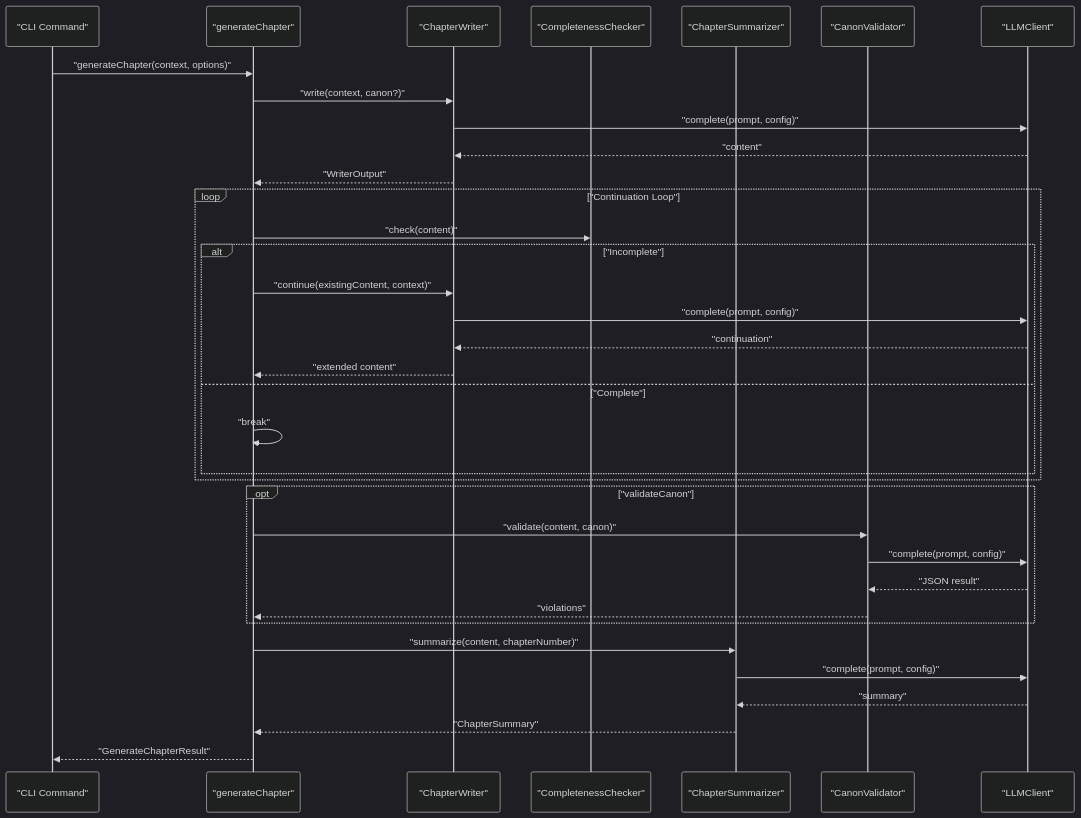
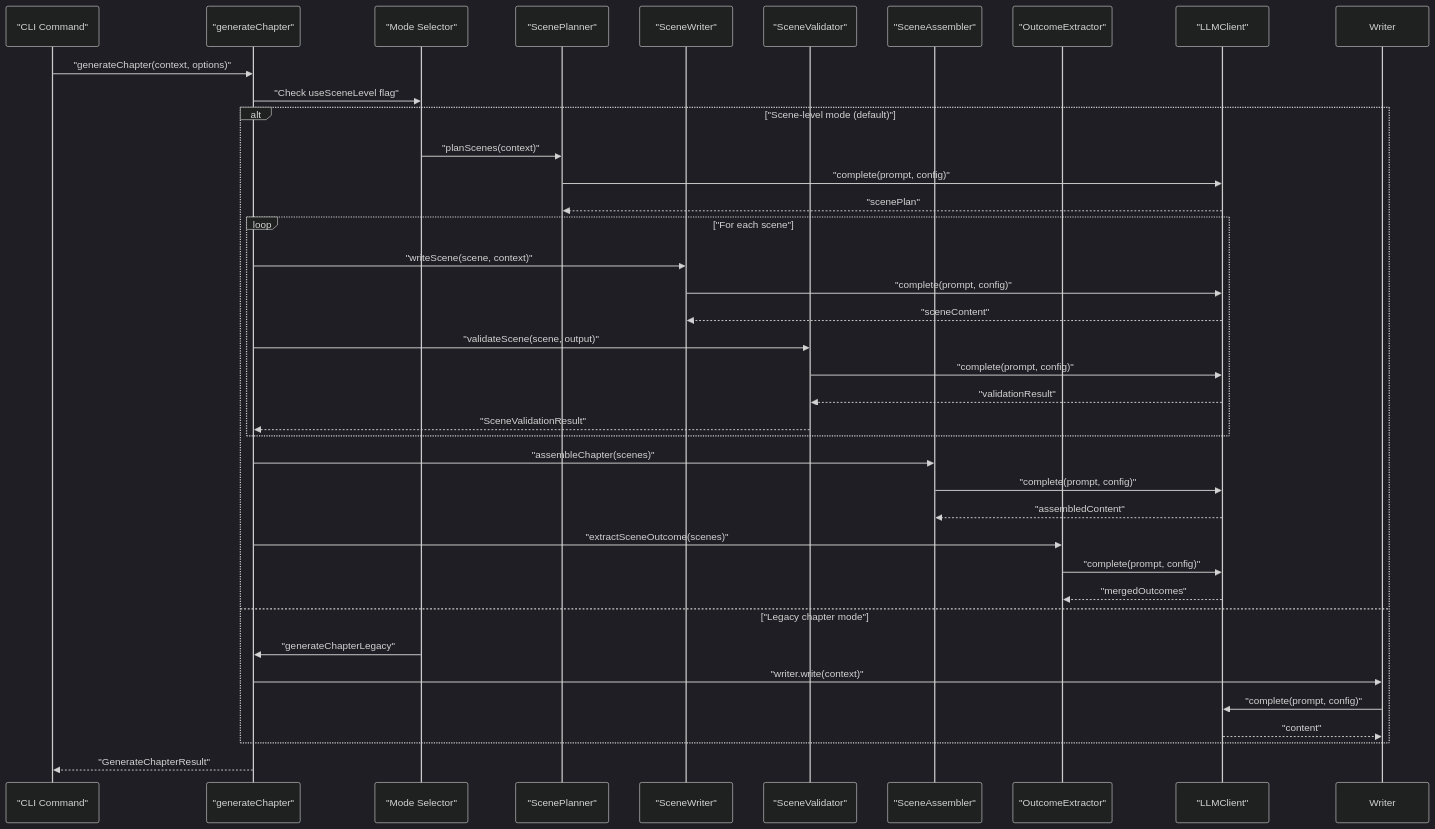
One commit to liwonder/NARRITIVE_OS changed the second of 4 diagrams in .qoder/repowiki/en/content/Engine Architecture/Generation Pipeline.md. Above: the diagram before and after it, drawn with Mermaid (dark theme). The commit also changed other lines of this file and 7 other files, not shown here.

````diff
--- a/.qoder/repowiki/en/content/Engine Architecture/Generation Pipeline.md
+++ b/.qoder/repowiki/en/content/Engine Architecture/Generation Pipeline.md
@@ -119,37 +168,40 @@
 ```mermaid
 sequenceDiagram
 participant CLI as "CLI Command"
 participant Engine as "generateChapter"
-participant Writer as "ChapterWriter"
-participant Checker as "CompletenessChecker"
-participant Sum as "ChapterSummarizer"
-participant Canon as "CanonValidator"
+participant Mode as "Mode Selector"
+participant ScenePlan as "ScenePlanner"
+participant SceneGen as "SceneWriter"
+participant SceneVal as "SceneValidator"
+participant Assembler as "SceneAssembler"
+participant Outcome as "OutcomeExtractor"
 participant LLM as "LLMClient"
 CLI->>Engine : "generateChapter(context, options)"
-Engine->>Writer : "write(context, canon?)"
+Engine->>Mode : "Check useSceneLevel flag"
+alt "Scene-level mode (default)"
+Mode->>ScenePlan : "planScenes(context)"
+ScenePlan->>LLM : "complete(prompt, config)"
+LLM-->>ScenePlan : "scenePlan"
+loop "For each scene"
+Engine->>SceneGen : "writeScene(scene, context)"
+SceneGen->>LLM : "complete(prompt, config)"
+LLM-->>SceneGen : "sceneContent"
+Engine->>SceneVal : "validateScene(scene, output)"
+SceneVal->>LLM : "complete(prompt, config)"
+LLM-->>SceneVal : "validationResult"
+SceneVal-->>Engine : "SceneValidationResult"
+end
+Engine->>Assembler : "assembleChapter(scenes)"
+Assembler->>LLM : "complete(prompt, config)"
+LLM-->>Assembler : "assembledContent"
+Engine->>Outcome : "extractSceneOutcome(scenes)"
+Outcome->>LLM : "complete(prompt, config)"
+LLM-->>Outcome : "mergedOutcomes"
+else "Legacy chapter mode"
+Mode->>Engine : "generateChapterLegacy"
+Engine->>Writer : "writer.write(context)"
 Writer->>LLM : "complete(prompt, config)"
 LLM-->>Writer : "content"
-Writer-->>Engine : "WriterOutput"
-loop "Continuation Loop"
-Engine->>Checker : "check(content)"
-alt "Incomplete"
-Engine->>Writer : "continue(existingContent, context)"
-Writer->>LLM : "complete(prompt, config)"
-LLM-->>Writer : "continuation"
-Writer-->>Engine : "extended content"
-else "Complete"
-Engine->>Engine : "break"
 end
-end
-opt "validateCanon"
-Engine->>Canon : "validate(content, canon)"
-Canon->>LLM : "complete(prompt, config)"
-LLM-->>Canon : "JSON result"
-Canon-->>Engine : "violations"
-end
-Engine->>Sum : "summarize(content, chapterNumber)"
-Sum->>LLM : "complete(prompt, config)"
-LLM-->>Sum : "summary"
-Sum-->>Engine : "ChapterSummary"
 Engine-->>CLI : "GenerateChapterResult"
 ```
````
